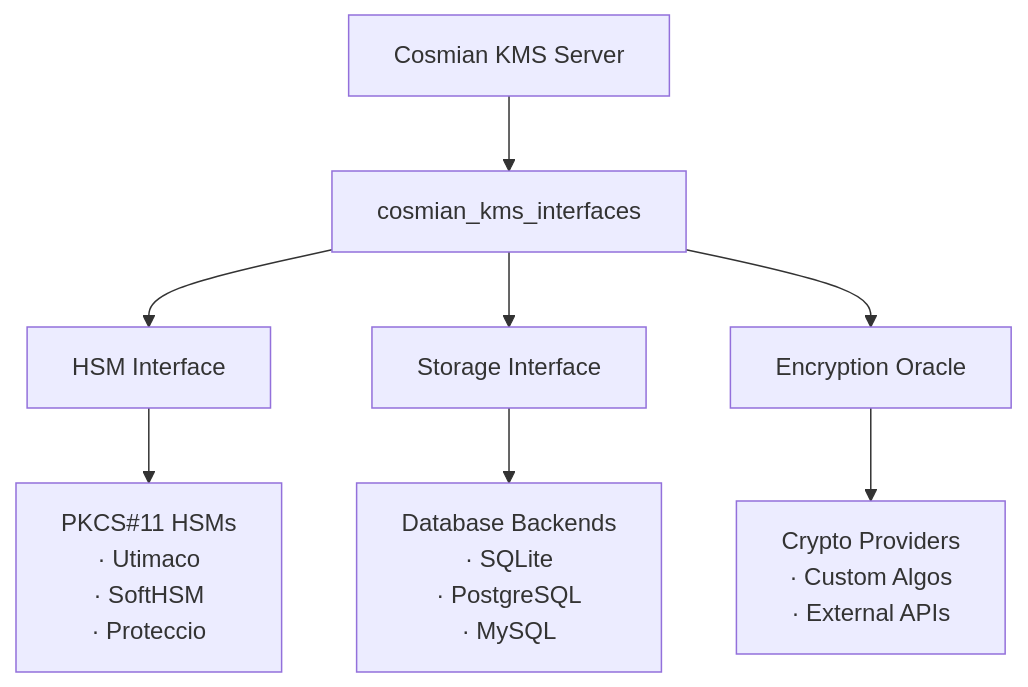
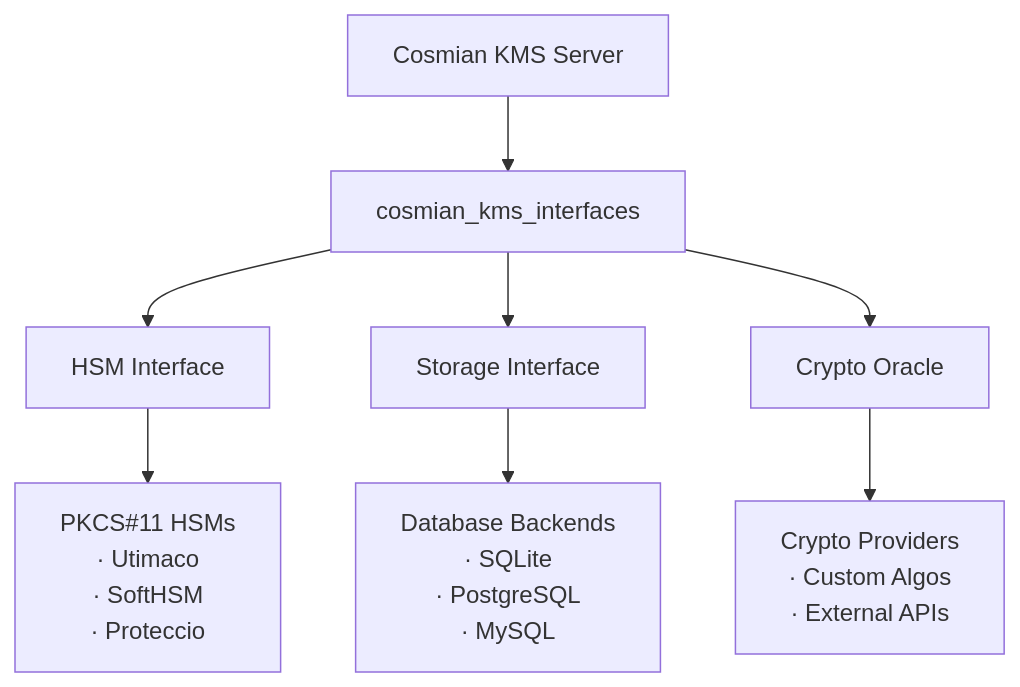
Before and after one commit to Cosmian/kms: the diagram in crate/interfaces/README.md, drawn with Mermaid. The commit also changed other lines of this file and 30 other files, not shown here.

````diff
--- a/crate/interfaces/README.md
+++ b/crate/interfaces/README.md
@@ -69,16 +69,16 @@
 ```mermaid
 flowchart TB
     A["Cosmian KMS Server"]
     B["cosmian_kms_interfaces"]
     C["HSM Interface"]
     D["Storage Interface"]
-    E["Encryption Oracle"]
+    E["Crypto Oracle"]
     F["PKCS#11 HSMs<br/>· Utimaco<br/>· SoftHSM<br/>· Proteccio"]
     G["Database Backends<br/>· SQLite<br/>· PostgreSQL<br/>· MySQL"]
     H["Crypto Providers<br/>· Custom Algos<br/>· External APIs"]
     A --> B
     B --> C & D & E
     C --> F
     D --> G
     E --> H
 ```
````
